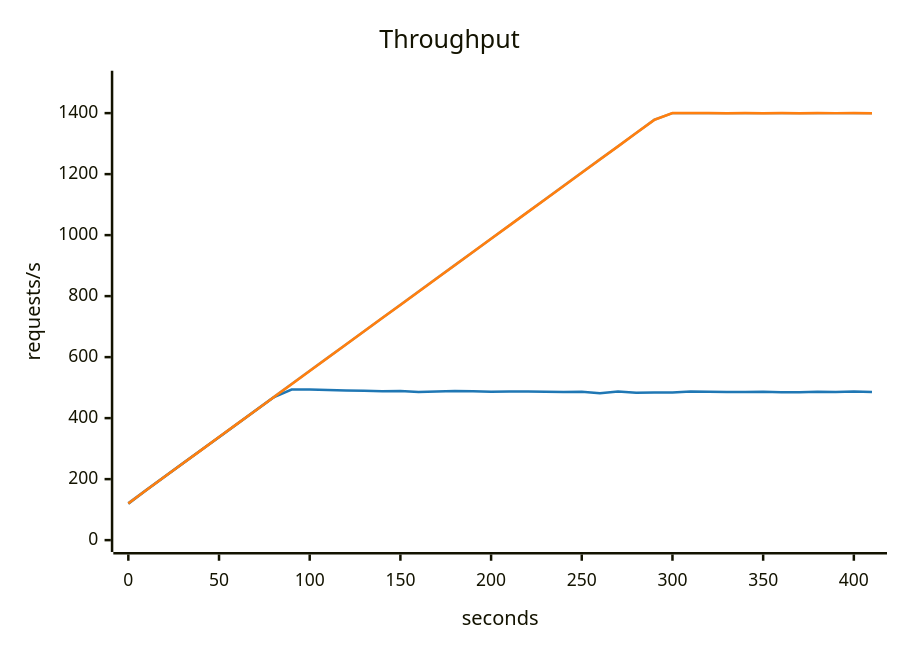
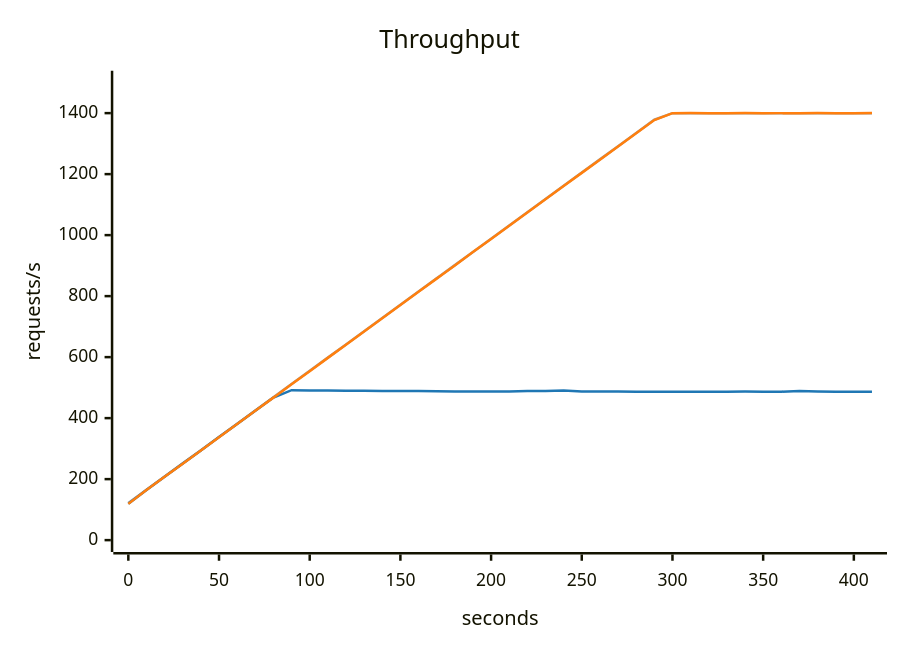
The first of 2 diagrams in scenarios/connection-pool-trap/solutions/release-between-queries/compare.md (akinfemi/load-lore), drawn with Mermaid before and after one commit. The commit also changed other lines of this file and 71 other files, not shown here.

````diff
--- a/scenarios/connection-pool-trap/solutions/release-between-queries/compare.md
+++ b/scenarios/connection-pool-trap/solutions/release-between-queries/compare.md
@@ -33,16 +33,16 @@
 ```mermaid
 ---
 config:
   themeVariables:
     xyChart:
       backgroundColor: "transparent"
       plotColorPalette: "#9e9e9e, #1f77b4, #ff7f0e"
 ---
 xychart-beta
     title "Throughput"
     x-axis "seconds" 0 --> 410
     y-axis "requests/s" 0 --> 1500
     line [121.667, 165, 208.333, 251.667, 295, 338.333, 381.667, 425, 468.333, 511.667, 555, 598.333, 641.667, 685, 728.333, 771.667, 815, 858.333, 901.667, 945, 988.333, 1031.667, 1075, 1118.333, 1161.667, 1205, 1248.333, 1291.667, 1335, 1378.333, 1400, 1400, 1400, 1400, 1400, 1400, 1400, 1400, 1400, 1400, 1400, 1400]
-    line [119.592, 164.246, 207.797, 251.041, 294.32, 337.507, 381.091, 424.285, 467.662, 493.769, 493.693, 491.992, 490.523, 489.764, 488.294, 488.761, 485.526, 486.92, 489.085, 488.216, 486.875, 487.263, 487.382, 486.313, 485.554, 486.855, 481.213, 487.307, 483.548, 484.048, 484.382, 487.596, 486.793, 485.421, 485.5, 486.347, 485.007, 484.619, 486.766, 485.707, 487.497, 485.39]
-    line [120.147, 164.424, 208.02, 251.097, 294.298, 337.866, 381.159, 424.542, 467.82, 511.171, 554.738, 597.712, 641.075, 684.482, 727.951, 771.013, 814.429, 857.942, 901.32, 944.347, 987.795, 1031.177, 1074.572, 1117.858, 1161.203, 1204.357, 1247.931, 1290.952, 1334.636, 1377.679, 1400.182, 1400.016, 1400.031, 1399.673, 1400.289, 1399.986, 1400.181, 1399.652, 1400.164, 1400.002, 1400.171, 1399.813]
+    line [119.518, 164.145, 207.753, 250.938, 294.074, 337.751, 380.898, 424.377, 467.598, 491.568, 490.745, 490.314, 489.754, 489.605, 488.672, 489.001, 488.659, 488.277, 487.042, 487.33, 487.418, 486.921, 489.051, 488.655, 490.243, 487.106, 487.15, 487.274, 486.248, 486.733, 486.107, 486.435, 486.615, 486.738, 486.98, 486.472, 486.712, 489.068, 487.18, 486.481, 486.869, 486.332]
+    line [118.858, 163.97, 207.622, 250.625, 294.15, 337.403, 380.815, 424.23, 467.214, 511.056, 553.835, 597.539, 640.678, 684.302, 727.442, 770.652, 814.229, 857.347, 900.699, 944.343, 987.102, 1031.009, 1074.126, 1117.375, 1160.762, 1204.095, 1247.368, 1290.808, 1334.184, 1377.462, 1399.86, 1400.231, 1399.768, 1399.929, 1400.445, 1399.664, 1400, 1399.907, 1400.175, 1399.989, 1399.81, 1400.207]
 ```
````
